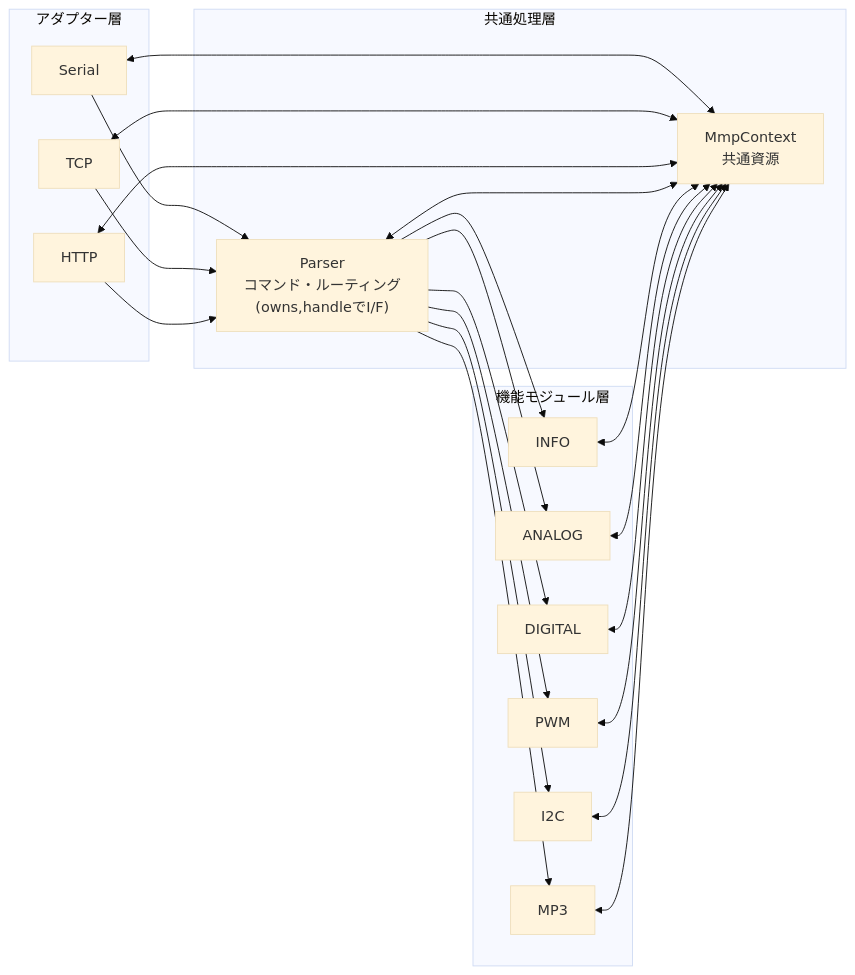
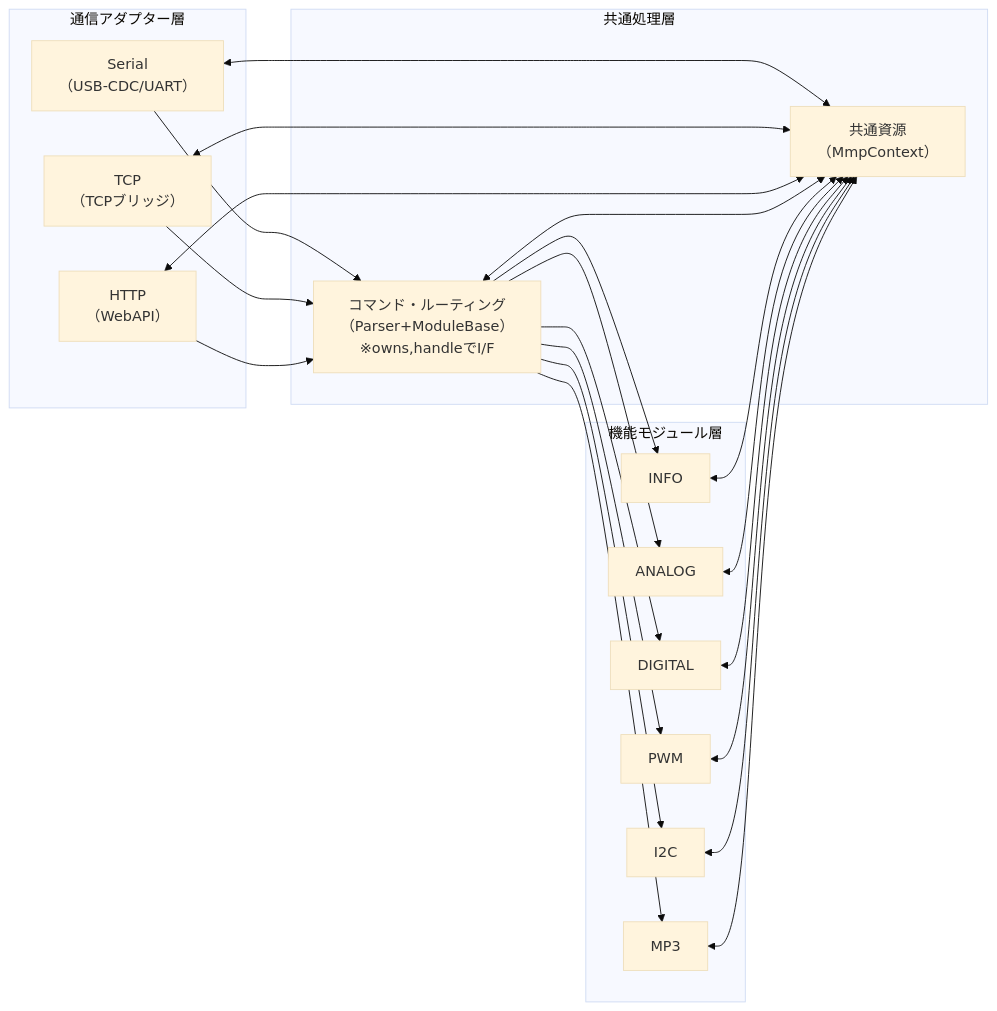
The fourth of 4 diagrams in ファームウェア/ファームウェア/mmp/doc/README.MD (kureha001/MMP), drawn with Mermaid (base theme) before and after one commit. The commit also changed other lines of this file, not shown here.

````diff
--- a/ファームウェア/ファームウェア/mmp/doc/README.MD
+++ b/ファームウェア/ファームウェア/mmp/doc/README.MD
@@ -123,46 +142,46 @@
 ```mermaid
 flowchart LR
-    subgraph ADAPTER["アダプター層"]
-        A1["Serial"]
-        A2["TCP"]
-        A3["HTTP"]
+    subgraph ADAPTER["通信アダプター層"]
+        A1["Serial<br>（USB-CDC/UART）"]
+        A2["TCP<br>（TCPブリッジ）"]
+        A3["HTTP<br>（WebAPI）"]
     end
 
     subgraph CORE["共通処理層"]
-        C["MmpContext<br/>共通資源"]
-        P["Parser<br/>コマンド・ルーティング<br/>(owns,handleでI/F)"]
+        C["共通資源<br/>（MmpContext）"]
+        P["コマンド・ルーティング<br/>（Parser+ModuleBase）<br/>※owns,handleでI/F"]
     end
 
     subgraph MODULE["機能モジュール層"]
         M1["INFO"]
         M2["ANALOG"]
         M3["DIGITAL"]
         M4["PWM"]
         M5["I2C"]
         M6["MP3"]
     end
 
     A1 --> P
     A2 --> P
     A3 --> P
 
     A1 <--> C
     A2 <--> C
     A3 <--> C
 
     P <--> C
 
     P --> M1
     P --> M2
     P --> M3
     P --> M4
     P --> M5
     P --> M6
 
     M1 <--> C
     M2 <--> C
     M3 <--> C
     M4 <--> C
     M5 <--> C
     M6 <--> C
 ```
````
